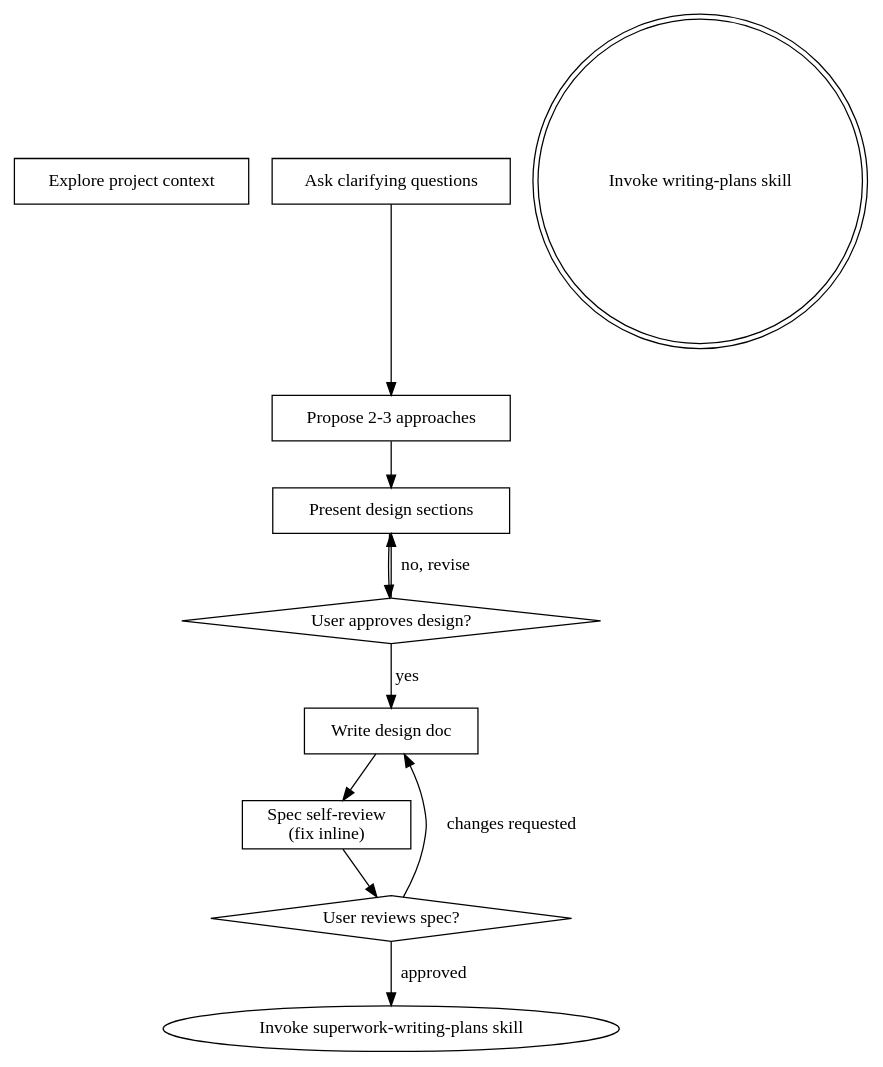
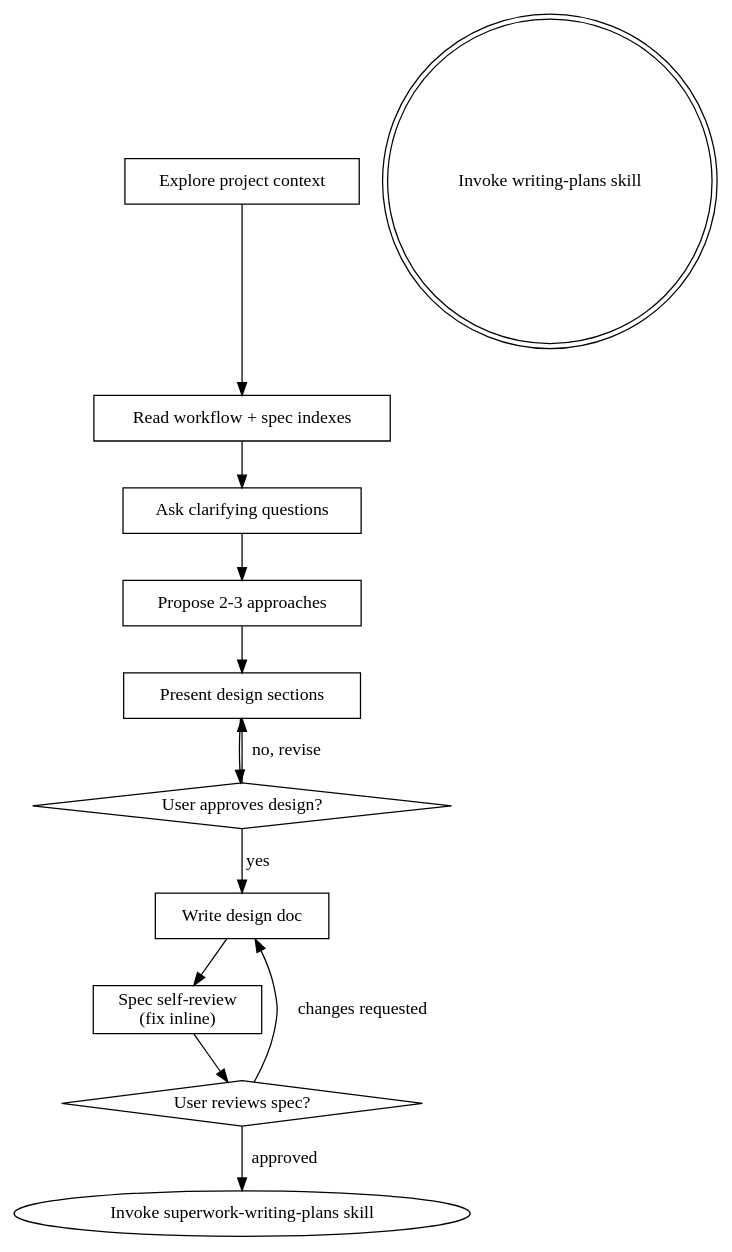
Before and after one commit to BryanHoo/superwork: the diagram in skills/superwork-brainstorming/SKILL.md, drawn with Graphviz. The commit also changed other lines of this file and 13 other files, not shown here.

````diff
--- a/skills/superwork-brainstorming/SKILL.md
+++ b/skills/superwork-brainstorming/SKILL.md
@@ -32,23 +32,26 @@
 ```dot
 digraph brainstorming {
     "Explore project context" [shape=box];
+    "Read workflow + spec indexes" [shape=box];
     "Ask clarifying questions" [shape=box];
     "Propose 2-3 approaches" [shape=box];
     "Present design sections" [shape=box];
     "User approves design?" [shape=diamond];
     "Write design doc" [shape=box];
     "Spec self-review\n(fix inline)" [shape=box];
     "User reviews spec?" [shape=diamond];
     "Invoke writing-plans skill" [shape=doublecircle];
 
+    "Explore project context" -> "Read workflow + spec indexes";
+    "Read workflow + spec indexes" -> "Ask clarifying questions";
     "Ask clarifying questions" -> "Propose 2-3 approaches";
     "Propose 2-3 approaches" -> "Present design sections";
     "Present design sections" -> "User approves design?";
     "User approves design?" -> "Present design sections" [label="no, revise"];
     "User approves design?" -> "Write design doc" [label="yes"];
     "Write design doc" -> "Spec self-review\n(fix inline)";
     "Spec self-review\n(fix inline)" -> "User reviews spec?";
     "User reviews spec?" -> "Write design doc" [label="changes requested"];
     "User reviews spec?" -> "Invoke superwork-writing-plans skill" [label="approved"];
 }
 ```
````
